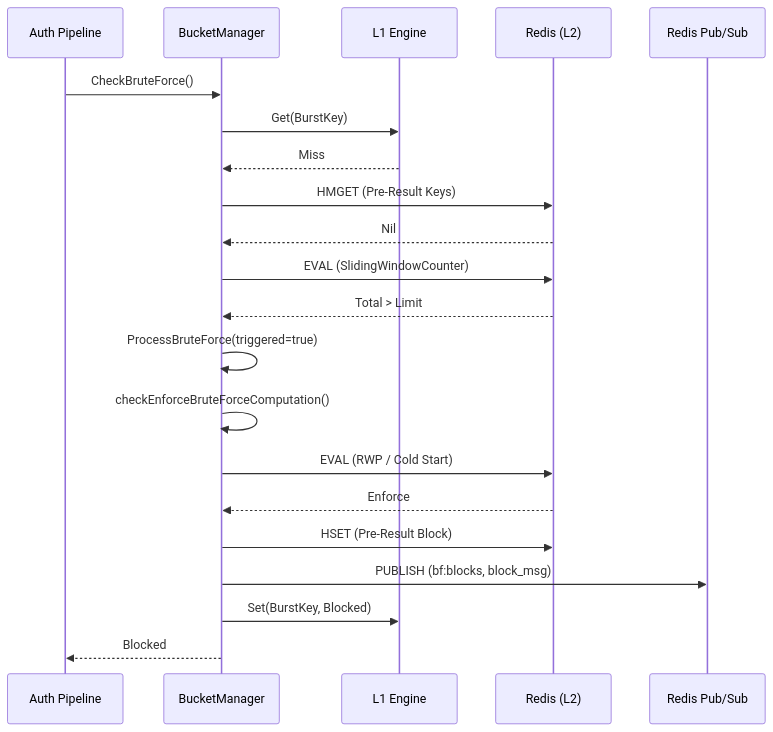
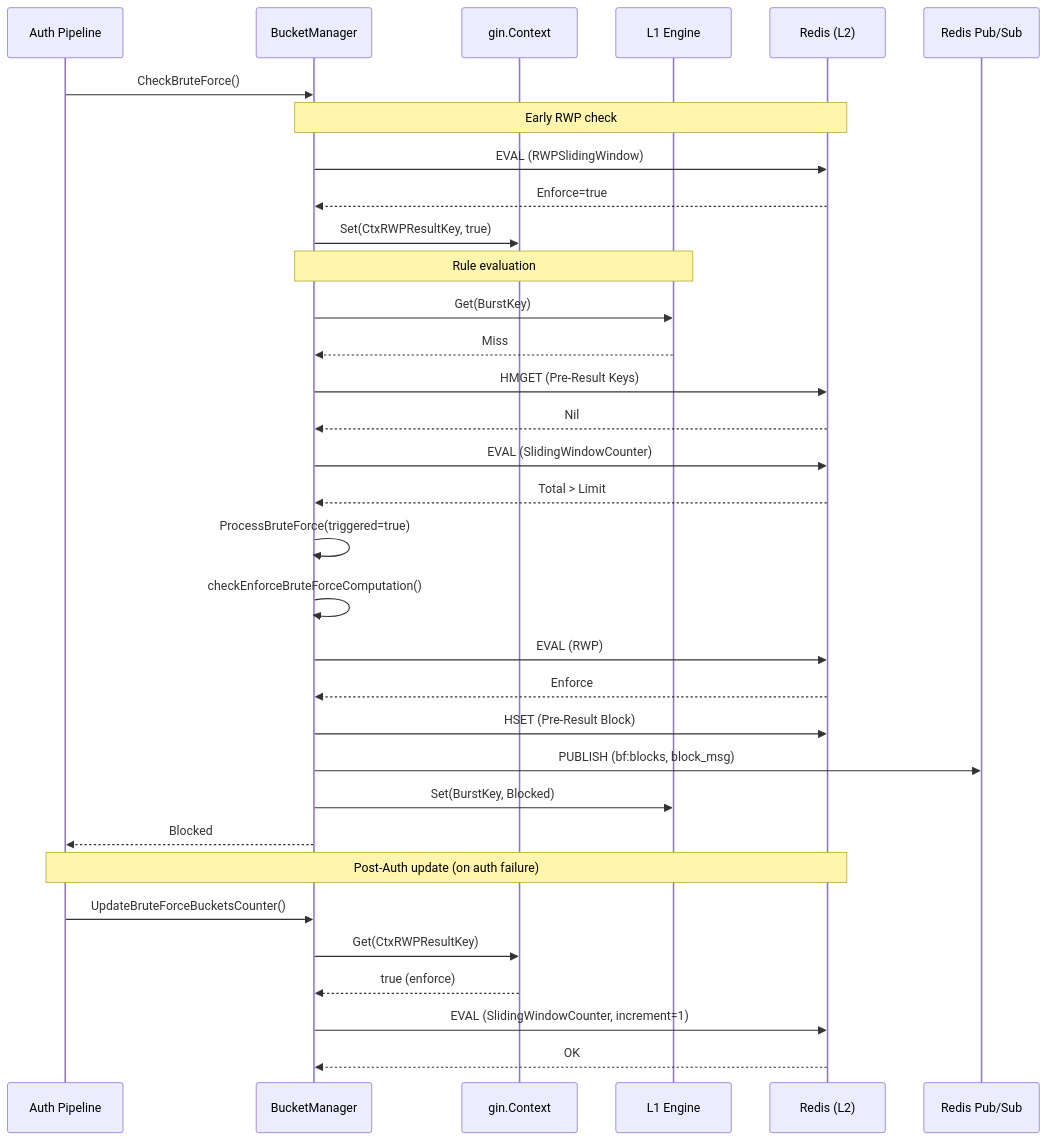
One commit to croessner/nauthilus changed the third of 3 diagrams in server/docs/bruteforce_protection.md. Above: the diagram before and after it, drawn with Mermaid. The commit also changed other lines of this file and 34 other files, not shown here.

First line of the commit message:
Refactor: Simplify Redis pipeline logic and remove unused cold-start grace logic

````diff
--- a/server/docs/bruteforce_protection.md
+++ b/server/docs/bruteforce_protection.md
@@ -130,24 +169,36 @@
 ```mermaid
 sequenceDiagram
     participant C as Auth Pipeline
     participant BM as BucketManager
+    participant Ctx as gin.Context
     participant L1 as L1 Engine
     participant R as Redis (L2)
     participant PS as Redis Pub/Sub
 
     C->>BM: CheckBruteForce()
+    Note over BM, R: Early RWP check
+    BM ->> R: EVAL (RWPSlidingWindow)
+    R -->> BM: Enforce=true
+    BM ->> Ctx: Set(CtxRWPResultKey, true)
+    Note over BM, L1: Rule evaluation
     BM->>L1: Get(BurstKey)
     L1-->>BM: Miss
     BM->>R: HMGET (Pre-Result Keys)
     R-->>BM: Nil
     BM->>R: EVAL (SlidingWindowCounter)
     R-->>BM: Total > Limit
     BM->>BM: ProcessBruteForce(triggered=true)
     BM->>BM: checkEnforceBruteForceComputation()
-    BM->>R: EVAL (RWP / Cold Start)
+    BM ->> R: EVAL (RWP)
     R-->>BM: Enforce
     BM->>R: HSET (Pre-Result Block)
     BM->>PS: PUBLISH (bf:blocks, block_msg)
     BM->>L1: Set(BurstKey, Blocked)
     BM-->>C: Blocked
+    Note over C, R: Post-Auth update (on auth failure)
+    C ->> BM: UpdateBruteForceBucketsCounter()
+    BM ->> Ctx: Get(CtxRWPResultKey)
+    Ctx -->> BM: true (enforce)
+    BM ->> R: EVAL (SlidingWindowCounter, increment=1)
+    R -->> BM: OK
 ```
````
